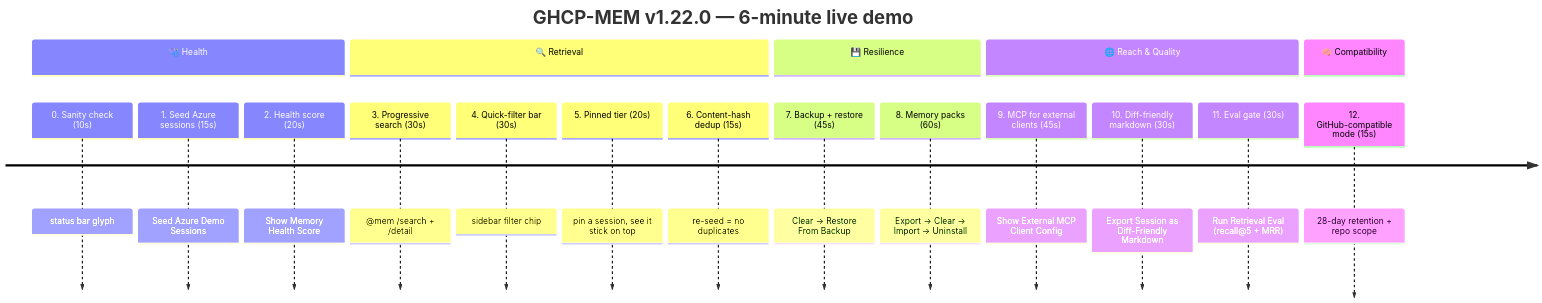
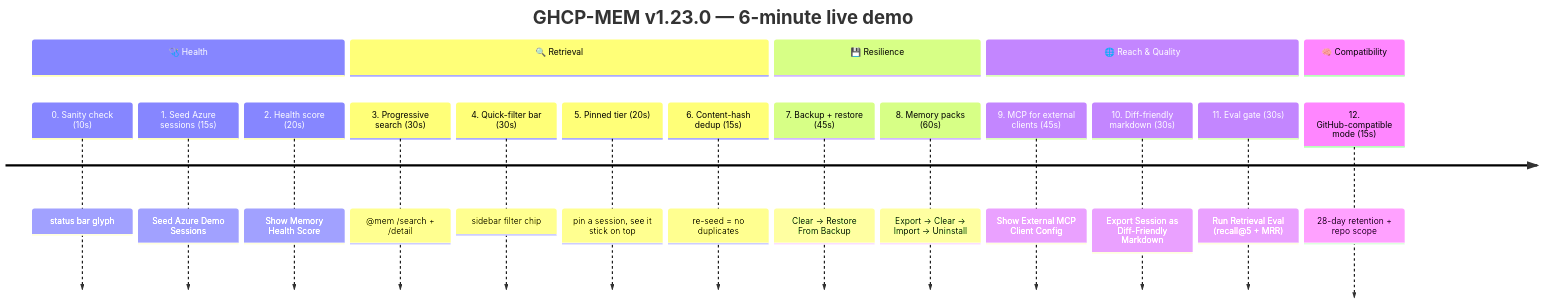
One commit to ITcredibl/ghcp-mem changed the first of 5 diagrams in docs/DEMO.md. Above: the diagram before and after it, drawn with Mermaid. The commit also changed other lines of this file and 31 other files, not shown here.

````diff
--- a/docs/DEMO.md
+++ b/docs/DEMO.md
@@ -20,22 +20,22 @@
 ```mermaid
 timeline
-    title GHCP-MEM v1.22.0 — 6-minute live demo
+    title GHCP-MEM v1.23.0 — 6-minute live demo
     section 🩺 Health
         0. Sanity check (10s)              : status bar glyph
         1. Seed Azure sessions (15s)       : Seed Azure Demo Sessions
         2. Health score (20s)              : Show Memory Health Score
     section 🔍 Retrieval
         3. Progressive search (30s)        : @mem /search + /detail
         4. Quick-filter bar (30s)          : sidebar filter chip
         5. Pinned tier (20s)               : pin a session, see it stick on top
         6. Content-hash dedup (15s)        : re-seed = no duplicates
     section 💾 Resilience
         7. Backup + restore (45s)          : Clear → Restore From Backup
         8. Memory packs (60s)              : Export → Clear → Import → Uninstall
     section 🌐 Reach & Quality
         9. MCP for external clients (45s)  : Show External MCP Client Config
         10. Diff-friendly markdown (30s)   : Export Session as Diff-Friendly Markdown
         11. Eval gate (30s)                : Run Retrieval Eval (recall@5 + MRR)
     section 🧠 Compatibility
         12. GitHub-compatible mode (15s)   : 28-day retention + repo scope
 ```
````
